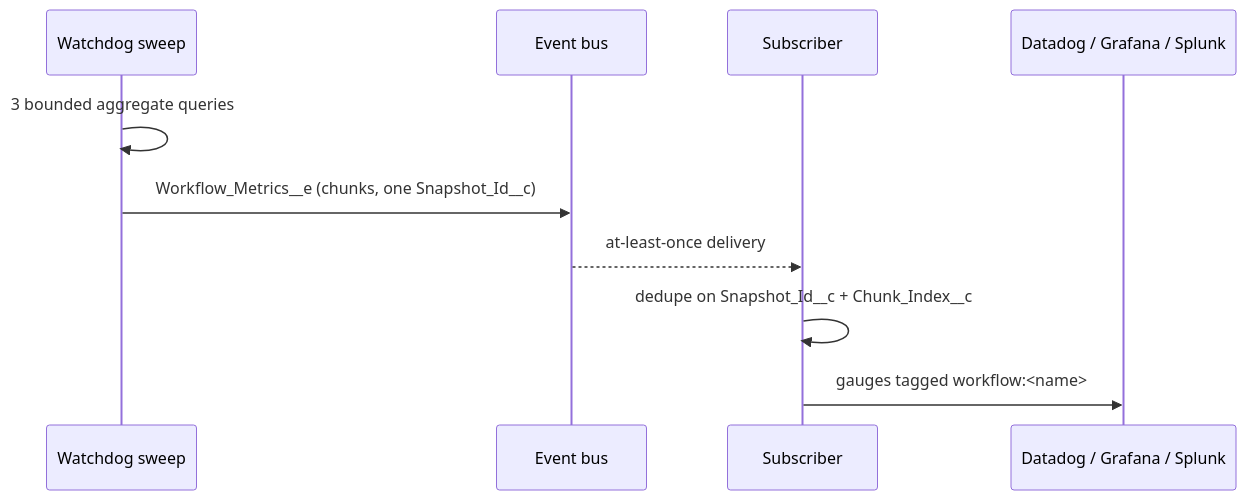
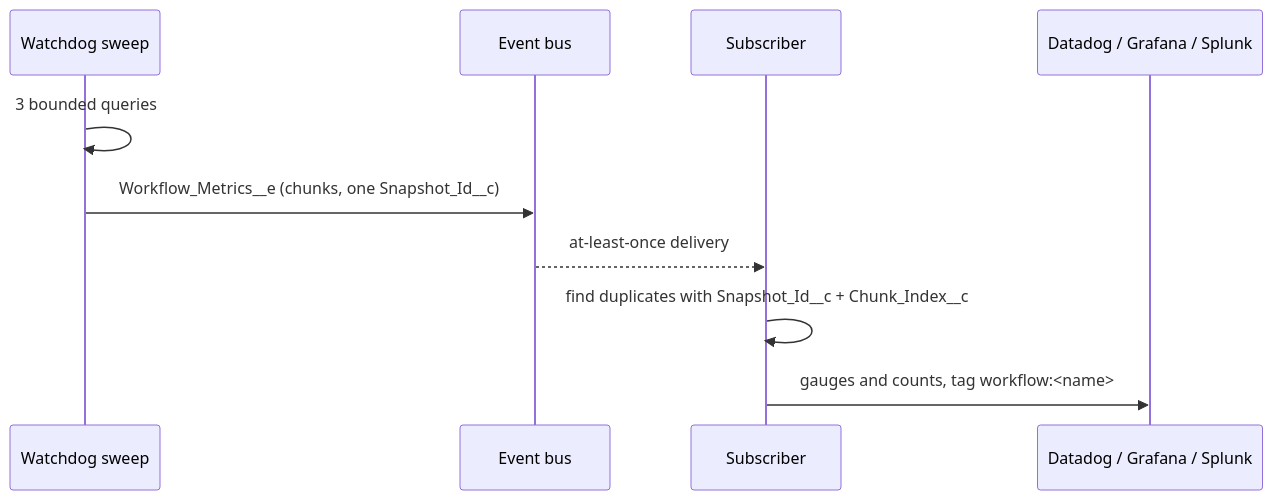
The diagram in docs/workflow-metrics-event.md (madmax983/revenant), drawn with Mermaid before and after one commit. The commit also changed other lines of this file and 23 other files, not shown here.

````diff
--- a/docs/workflow-metrics-event.md
+++ b/docs/workflow-metrics-event.md
@@ -152,12 +199,12 @@
 ```mermaid
 sequenceDiagram
     participant WD as Watchdog sweep
     participant Bus as Event bus
     participant Sub as Subscriber
     participant Ext as Datadog / Grafana / Splunk
-    WD->>WD: 3 bounded aggregate queries
+    WD->>WD: 3 bounded queries
     WD->>Bus: Workflow_Metrics__e (chunks, one Snapshot_Id__c)
     Bus-->>Sub: at-least-once delivery
-    Sub->>Sub: dedupe on Snapshot_Id__c + Chunk_Index__c
-    Sub->>Ext: gauges tagged workflow:<name>
+    Sub->>Sub: find duplicates with Snapshot_Id__c + Chunk_Index__c
+    Sub->>Ext: gauges and counts, tag workflow:<name>
 ```
````
